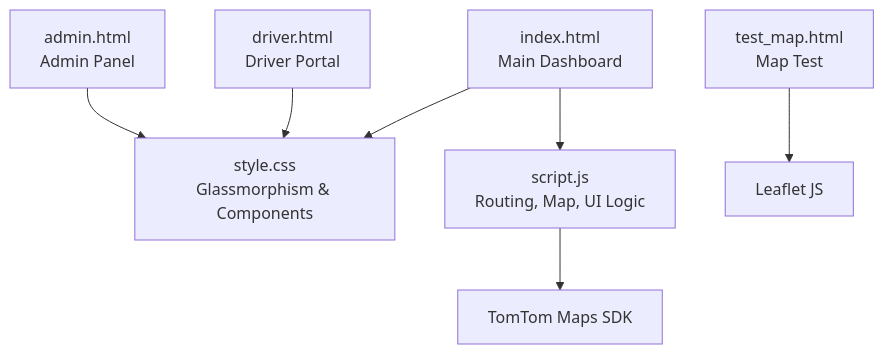
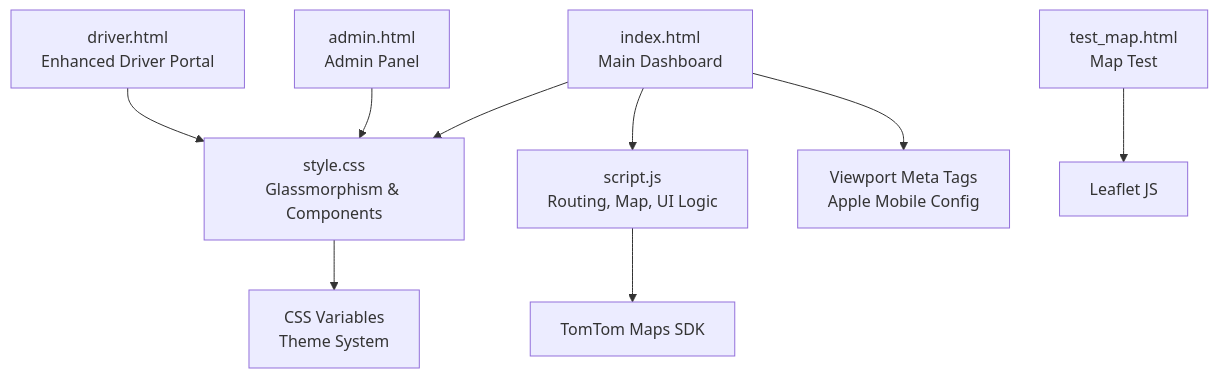
Before and after one commit to Rehanpatel3858/BusTrack-Pro: the first of 7 diagrams in .qoder/repowiki/en/content/User Interface and Design System.md, drawn with Mermaid. The commit also changed other lines of this file and 7 other files, not shown here.

````diff
--- a/.qoder/repowiki/en/content/User Interface and Design System.md
+++ b/.qoder/repowiki/en/content/User Interface and Design System.md
@@ -37,9 +46,11 @@
 ```mermaid
 graph TB
 A["index.html<br/>Main Dashboard"] --> B["style.css<br/>Glassmorphism & Components"]
 A --> C["script.js<br/>Routing, Map, UI Logic"]
-D["driver.html<br/>Driver Portal"] --> B
+D["driver.html<br/>Enhanced Driver Portal"] --> B
 E["admin.html<br/>Admin Panel"] --> B
 F["test_map.html<br/>Map Test"] --> G["Leaflet JS"]
 C --> H["TomTom Maps SDK"]
+B --> I["CSS Variables<br/>Theme System"]
+A --> J["Viewport Meta Tags<br/>Apple Mobile Config"]
 ```
````
